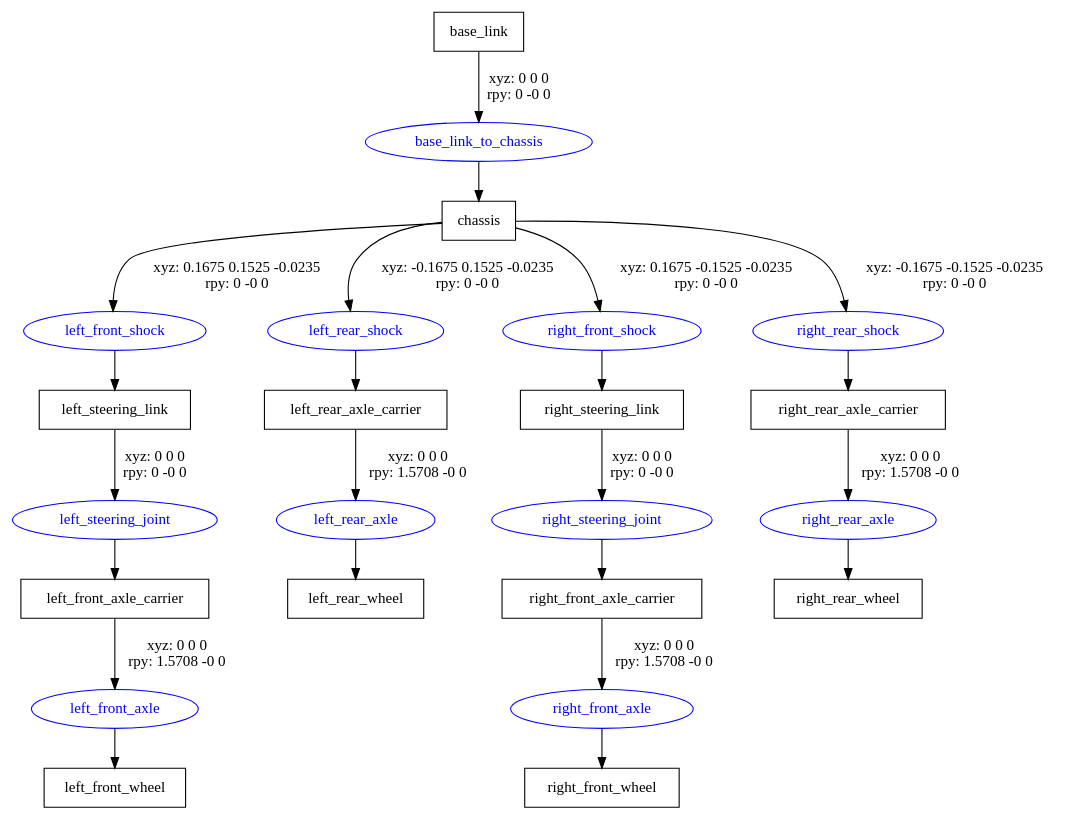
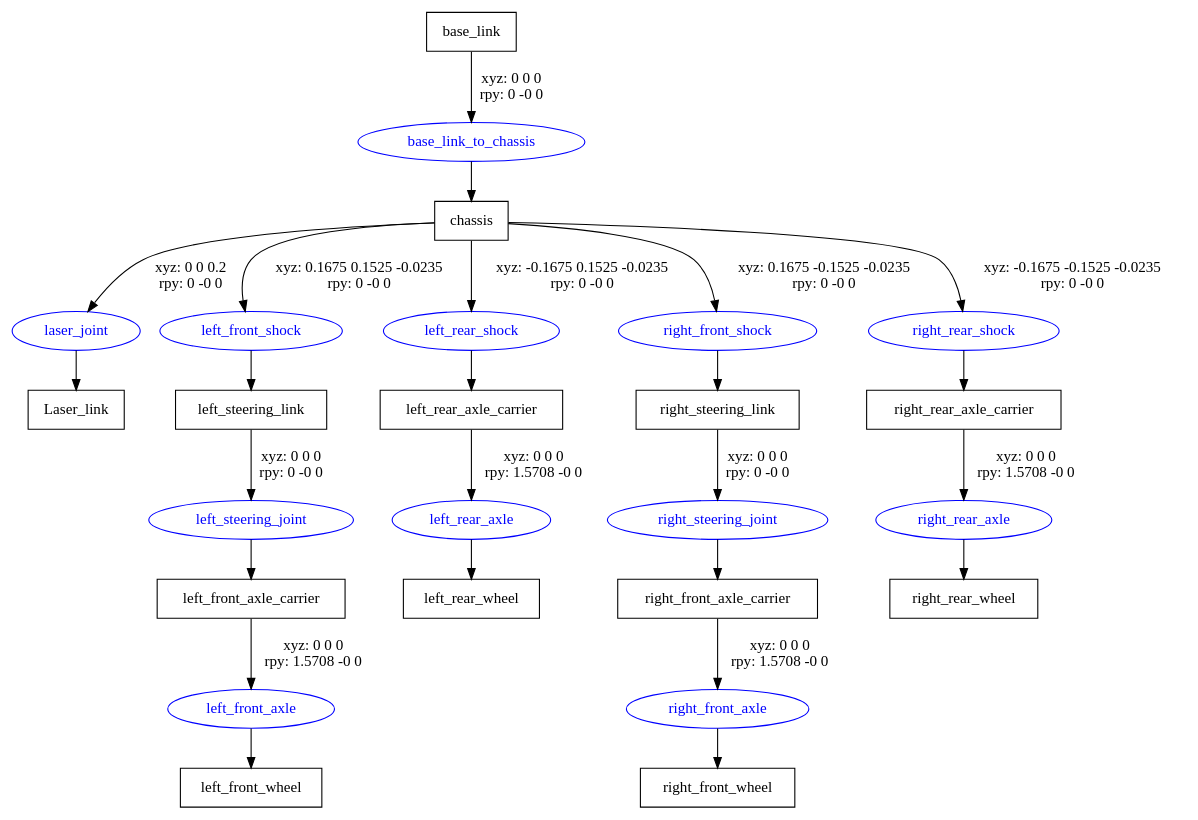
Before and after one commit to minhquangcr123/ackermann_steering: the diagram in robot_ws/src/my_robot/src/urdf/em_3905.gv, drawn with Graphviz. The commit also changed 26 other files, not shown here.

```diff
--- a/robot_ws/src/my_robot/src/urdf/em_3905.gv
+++ b/robot_ws/src/my_robot/src/urdf/em_3905.gv
@@ -1,38 +1,41 @@
 digraph G {
 node [shape=box];
 "base_link" [label="base_link"];
 "chassis" [label="chassis"];
+"Laser_link" [label="Laser_link"];
 "left_steering_link" [label="left_steering_link"];
 "left_front_axle_carrier" [label="left_front_axle_carrier"];
 "left_front_wheel" [label="left_front_wheel"];
 "left_rear_axle_carrier" [label="left_rear_axle_carrier"];
 "left_rear_wheel" [label="left_rear_wheel"];
 "right_steering_link" [label="right_steering_link"];
 "right_front_axle_carrier" [label="right_front_axle_carrier"];
 "right_front_wheel" [label="right_front_wheel"];
 "right_rear_axle_carrier" [label="right_rear_axle_carrier"];
 "right_rear_wheel" [label="right_rear_wheel"];
 node [shape=ellipse, color=blue, fontcolor=blue];
 "base_link" -> "base_link_to_chassis" [label="xyz: 0 0 0 \nrpy: 0 -0 0"]
 "base_link_to_chassis" -> "chassis"
+"chassis" -> "laser_joint" [label="xyz: 0 0 0.2 \nrpy: 0 -0 0"]
+"laser_joint" -> "Laser_link"
 "chassis" -> "left_front_shock" [label="xyz: 0.1675 0.1525 -0.0235 \nrpy: 0 -0 0"]
 "left_front_shock" -> "left_steering_link"
 "left_steering_link" -> "left_steering_joint" [label="xyz: 0 0 0 \nrpy: 0 -0 0"]
 "left_steering_joint" -> "left_front_axle_carrier"
 "left_front_axle_carrier" -> "left_front_axle" [label="xyz: 0 0 0 \nrpy: 1.5708 -0 0"]
 "left_front_axle" -> "left_front_wheel"
 "chassis" -> "left_rear_shock" [label="xyz: -0.1675 0.1525 -0.0235 \nrpy: 0 -0 0"]
 "left_rear_shock" -> "left_rear_axle_carrier"
 "left_rear_axle_carrier" -> "left_rear_axle" [label="xyz: 0 0 0 \nrpy: 1.5708 -0 0"]
 "left_rear_axle" -> "left_rear_wheel"
 "chassis" -> "right_front_shock" [label="xyz: 0.1675 -0.1525 -0.0235 \nrpy: 0 -0 0"]
 "right_front_shock" -> "right_steering_link"
 "right_steering_link" -> "right_steering_joint" [label="xyz: 0 0 0 \nrpy: 0 -0 0"]
 "right_steering_joint" -> "right_front_axle_carrier"
 "right_front_axle_carrier" -> "right_front_axle" [label="xyz: 0 0 0 \nrpy: 1.5708 -0 0"]
 "right_front_axle" -> "right_front_wheel"
 "chassis" -> "right_rear_shock" [label="xyz: -0.1675 -0.1525 -0.0235 \nrpy: 0 -0 0"]
 "right_rear_shock" -> "right_rear_axle_carrier"
 "right_rear_axle_carrier" -> "right_rear_axle" [label="xyz: 0 0 0 \nrpy: 1.5708 -0 0"]
 "right_rear_axle" -> "right_rear_wheel"
 }
```
